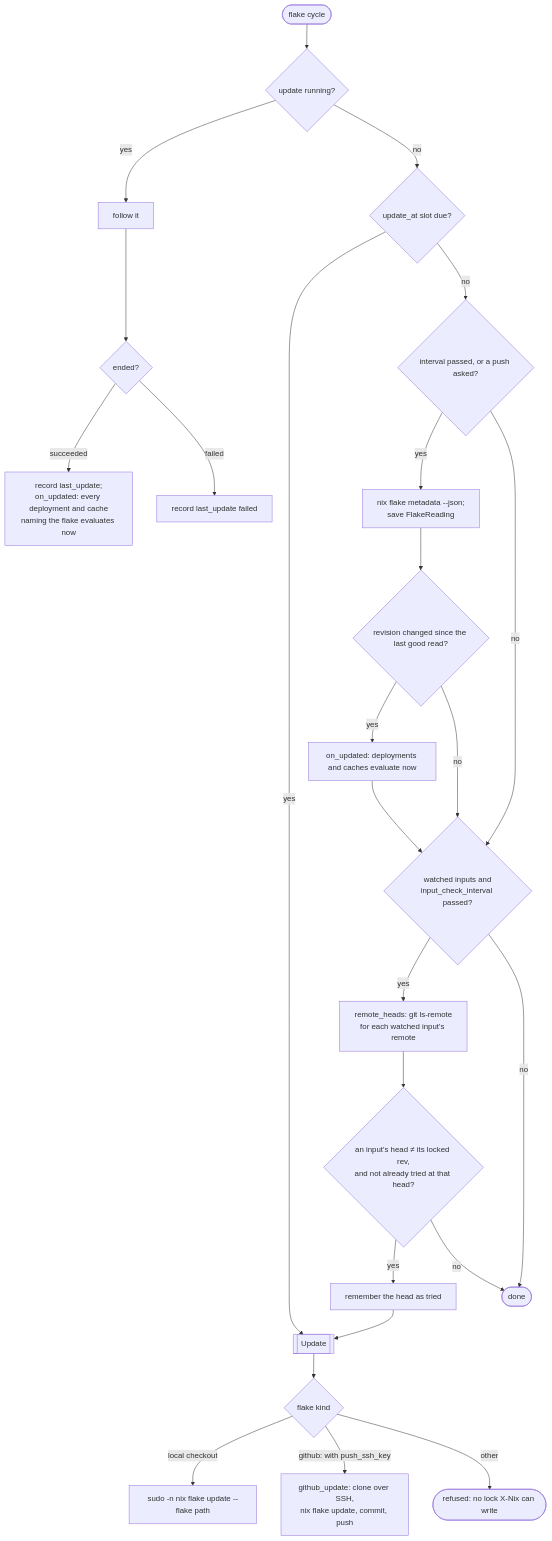
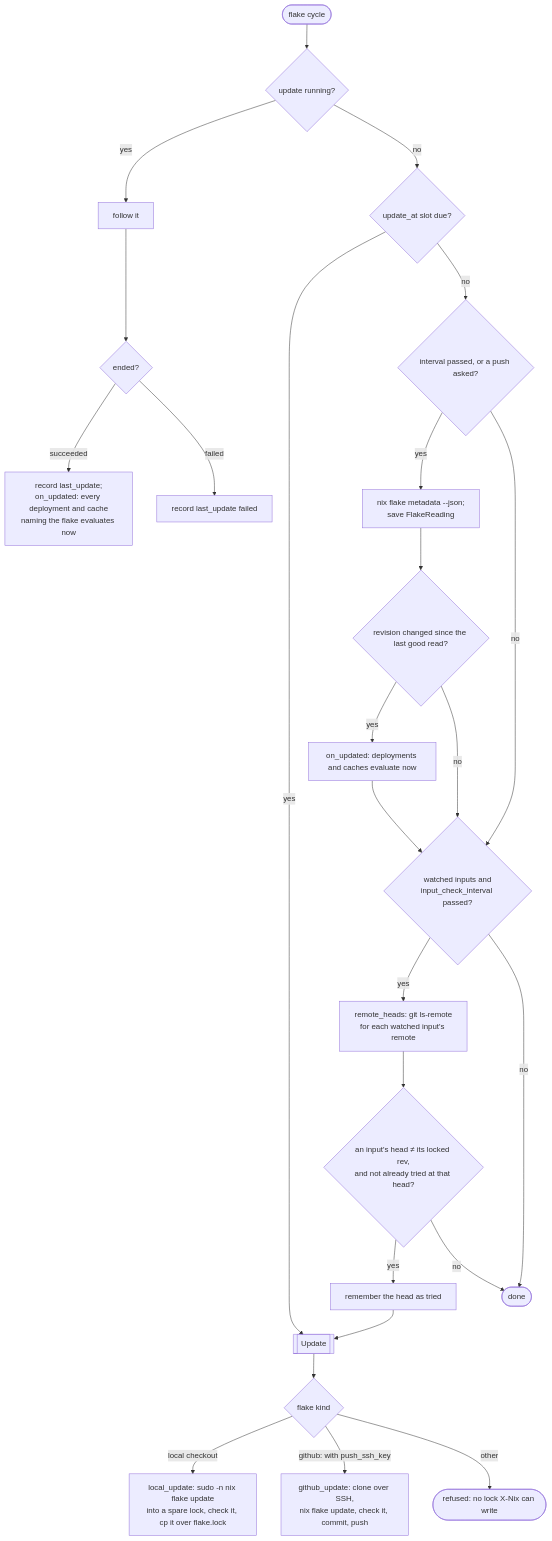
One commit to x-tech-laboratories/X-Nix changed diagram 11 of 20 in docs/developer/flows.md. Above: the diagram before and after it, drawn with Mermaid. The commit also changed 15 other files, not shown here.

First line of the commit message:
feat(flake): check a flake update before writing or pushing its lock

````diff
--- a/docs/developer/flows.md
+++ b/docs/developer/flows.md
@@ -299,27 +299,27 @@
 ```mermaid
 flowchart TD
     cycle([flake cycle]) --> running{update running?}
     running -- yes --> follow[follow it]
     follow --> ended{ended?}
     ended -- succeeded --> updated[record last_update;<br/>on_updated: every deployment and cache<br/>naming the flake evaluates now]
     ended -- failed --> record[record last_update failed]
     running -- no --> daily{update_at slot due?}
     daily -- yes --> update
     daily -- no --> meta{interval passed, or a push asked?}
     meta -- yes --> read[nix flake metadata --json;<br/>save FlakeReading]
     read --> changed{revision changed since the last good read?}
     changed -- yes --> notify[on_updated: deployments and caches evaluate now]
     changed -- no --> check
     notify --> check
     meta -- no --> check{watched inputs and<br/>input_check_interval passed?}
     check -- yes --> heads[remote_heads: git ls-remote<br/>for each watched input's remote]
     heads --> moved{an input's head ≠ its locked rev,<br/>and not already tried at that head?}
     moved -- yes --> tried[remember the head as tried] --> update
     moved -- no --> idle([done])
     check -- no --> idle
 
     update[[Update]] --> kind{flake kind}
-    kind -- "local checkout" --> local[sudo -n nix flake update --flake path]
-    kind -- "github: with push_ssh_key" --> gh[github_update: clone over SSH,<br/>nix flake update, commit, push]
+    kind -- "local checkout" --> local[local_update: sudo -n nix flake update<br/>into a spare lock, check it, cp it over flake.lock]
+    kind -- "github: with push_ssh_key" --> gh[github_update: clone over SSH,<br/>nix flake update, check it, commit, push]
     kind -- other --> refuse([refused: no lock X-Nix can write])
 ```
````
